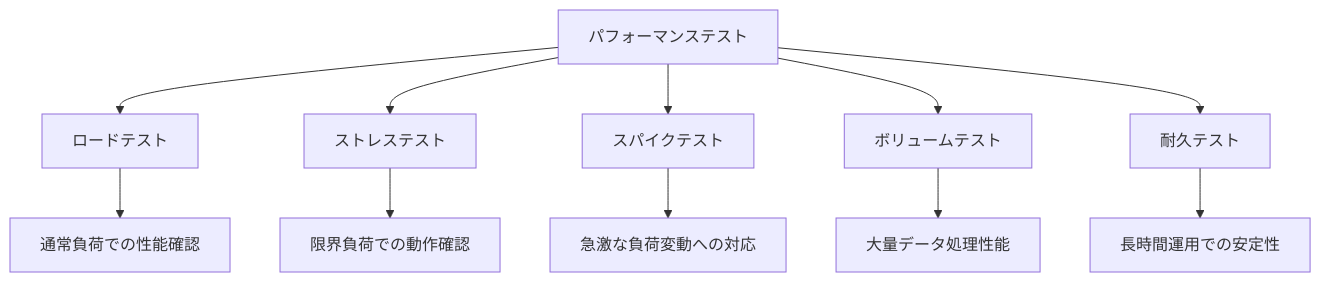
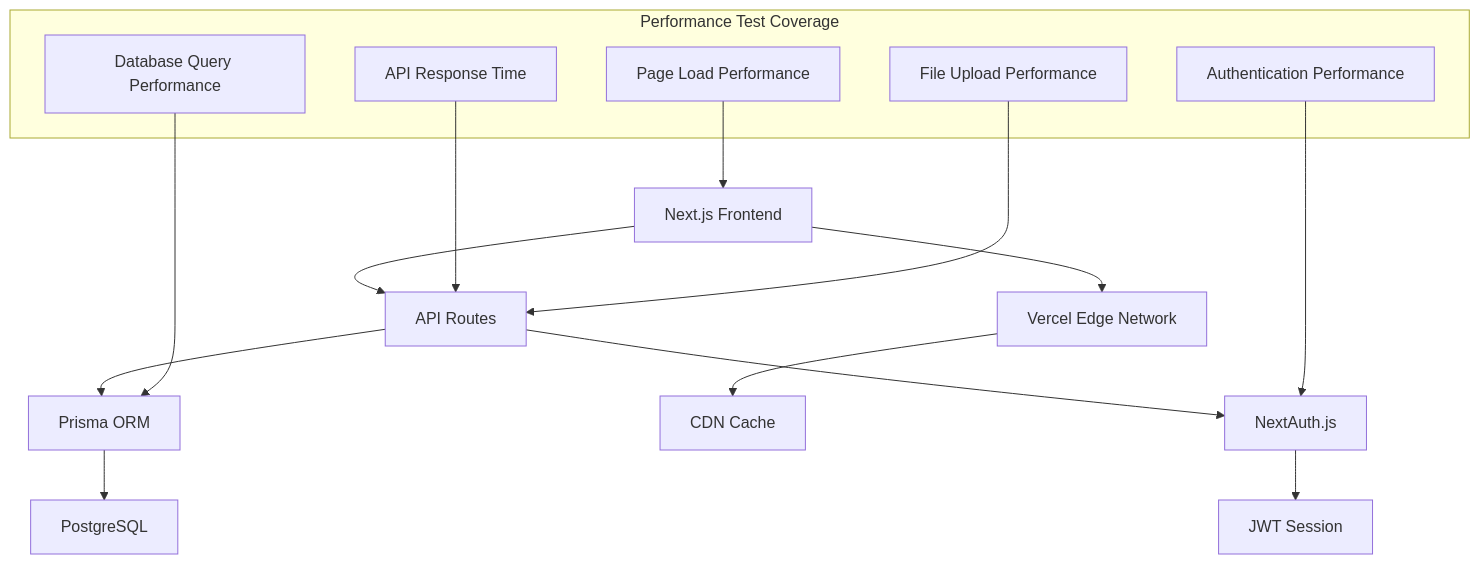
Before and after one commit to sas-dx/skill-report-web: the diagram in docs/testing/06_パフォーマンステスト実装ガイド.md, drawn with Mermaid. The commit also changed other lines of this file and 9 other files, not shown here.

````diff
--- a/docs/testing/06_パフォーマンステスト実装ガイド.md
+++ b/docs/testing/06_パフォーマンステスト実装ガイド.md
@@ -35,14 +35,24 @@
 ```mermaid
 graph TD
-    A[パフォーマンステスト] --> B[ロードテスト]
-    A --> C[ストレステスト]
-    A --> D[スパイクテスト]
-    A --> E[ボリュームテスト]
-    A --> F[耐久テスト]
+    A[Next.js Frontend] --> B[API Routes]
+    B --> C[Prisma ORM]
+    C --> D[PostgreSQL]
+    A --> E[Vercel Edge Network]
+    E --> F[CDN Cache]
+    B --> G[NextAuth.js]
+    G --> H[JWT Session]
     
-    B --> B1[通常負荷での性能確認]
-    C --> C1[限界負荷での動作確認]
-    D --> D1[急激な負荷変動への対応]
-    E --> E1[大量データ処理性能]
-    F --> F1[長時間運用での安定性]
+    subgraph "Performance Test Coverage"
+        I[Page Load Performance]
+        J[API Response Time]
+        K[Database Query Performance]
+        L[Authentication Performance]
+        M[File Upload Performance]
+    end
+    
+    I --> A
+    J --> B
+    K --> C
+    L --> G
+    M --> B
 ```
````
